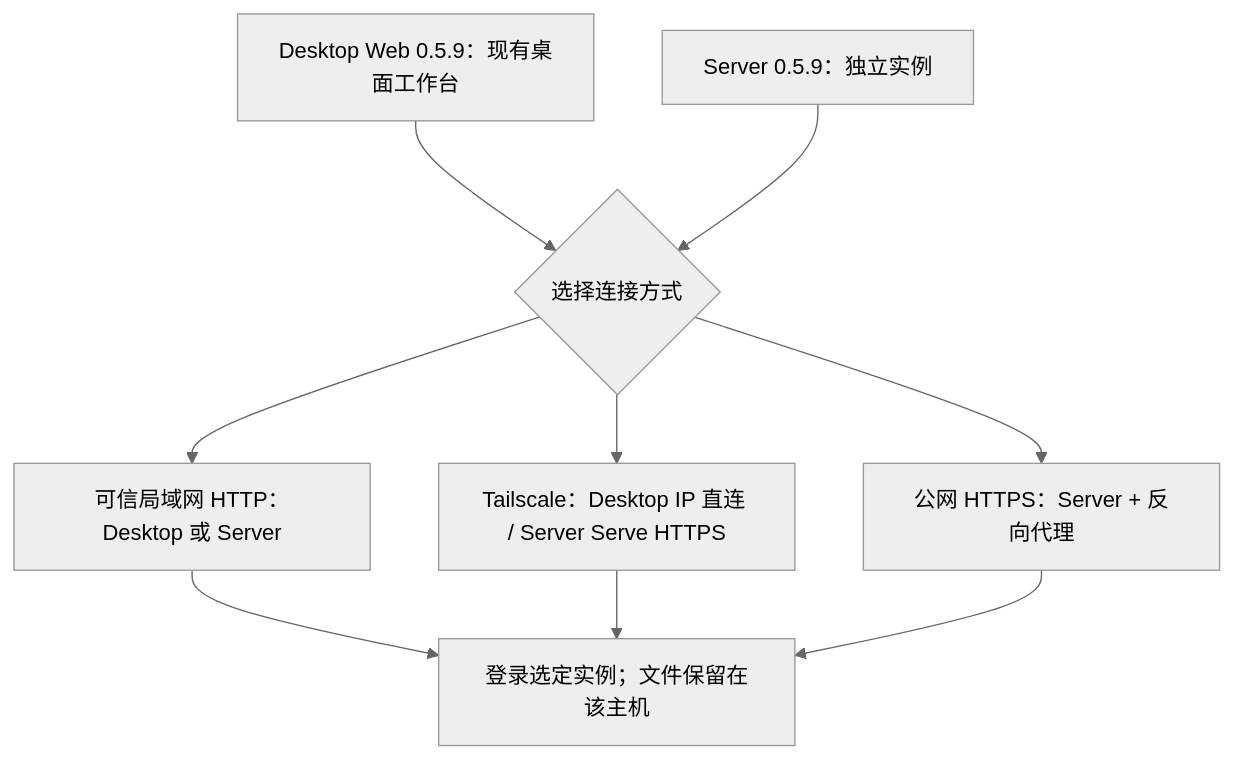
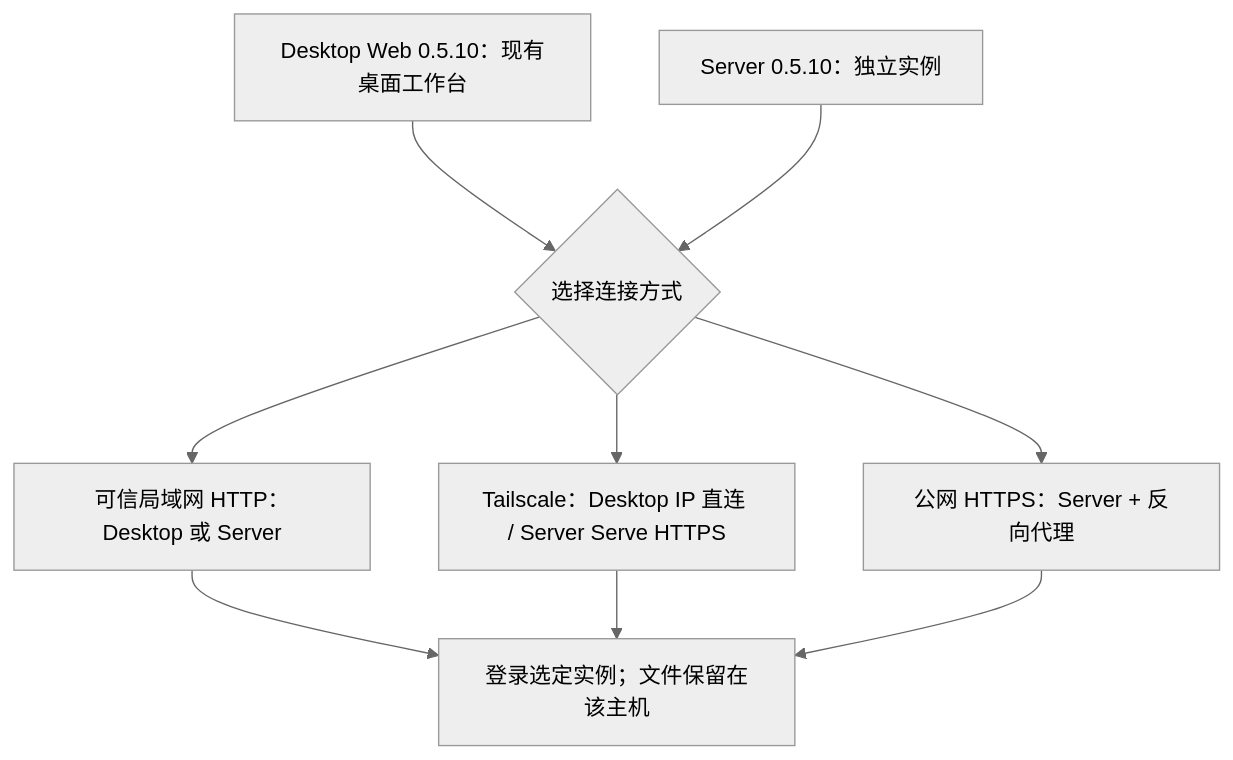
One commit to murray17/rovai-ai changed the diagram in website/site/public/assets/diagrams/deployment-choice-zh.mmd. Above: the diagram before and after it, drawn with Mermaid (neutral theme). The commit also changed 10 other files, not shown here.

```diff
--- a/website/site/public/assets/diagrams/deployment-choice-zh.mmd
+++ b/website/site/public/assets/diagrams/deployment-choice-zh.mmd
@@ -1,12 +1,12 @@
 flowchart TB
-  desktop["Desktop Web 0.5.9：现有桌面工作台"]
-  server["Server 0.5.9：独立实例"]
+  desktop["Desktop Web 0.5.10：现有桌面工作台"]
+  server["Server 0.5.10：独立实例"]
   choice{"选择连接方式"}
   desktop --> choice
   server --> choice
   choice --> lan["可信局域网 HTTP：Desktop 或 Server"]
   choice --> ts["Tailscale：Desktop IP 直连 / Server Serve HTTPS"]
   choice --> public["公网 HTTPS：Server + 反向代理"]
   lan --> login["登录选定实例；文件保留在该主机"]
   ts --> login
   public --> login
```
